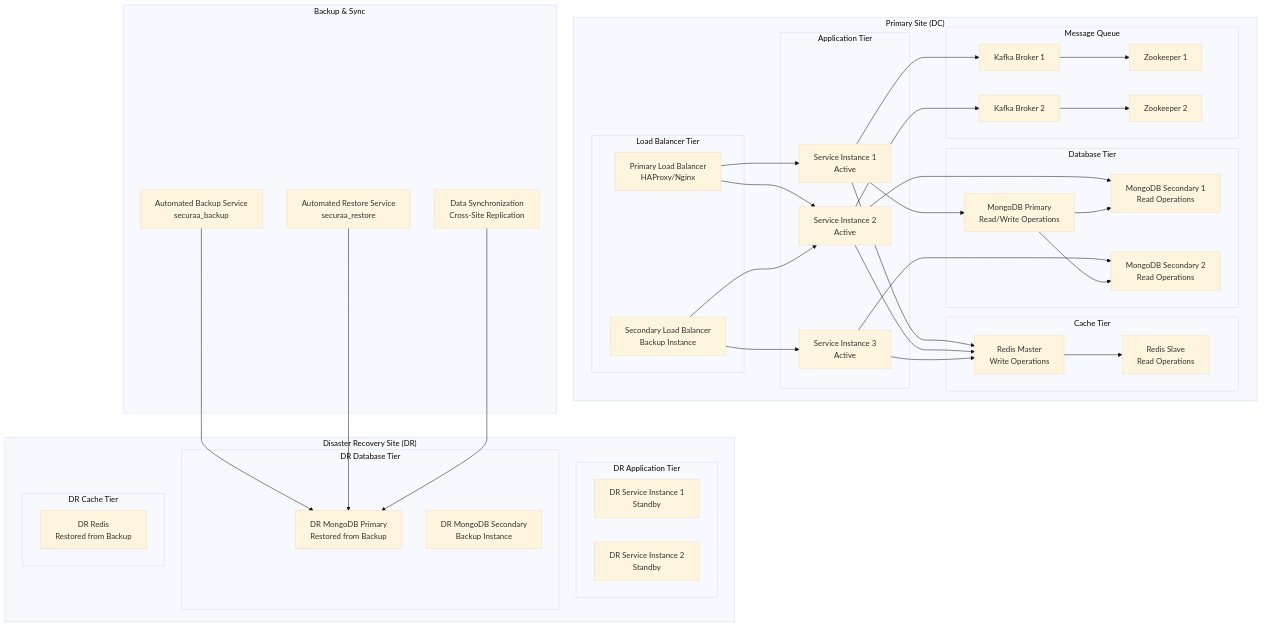
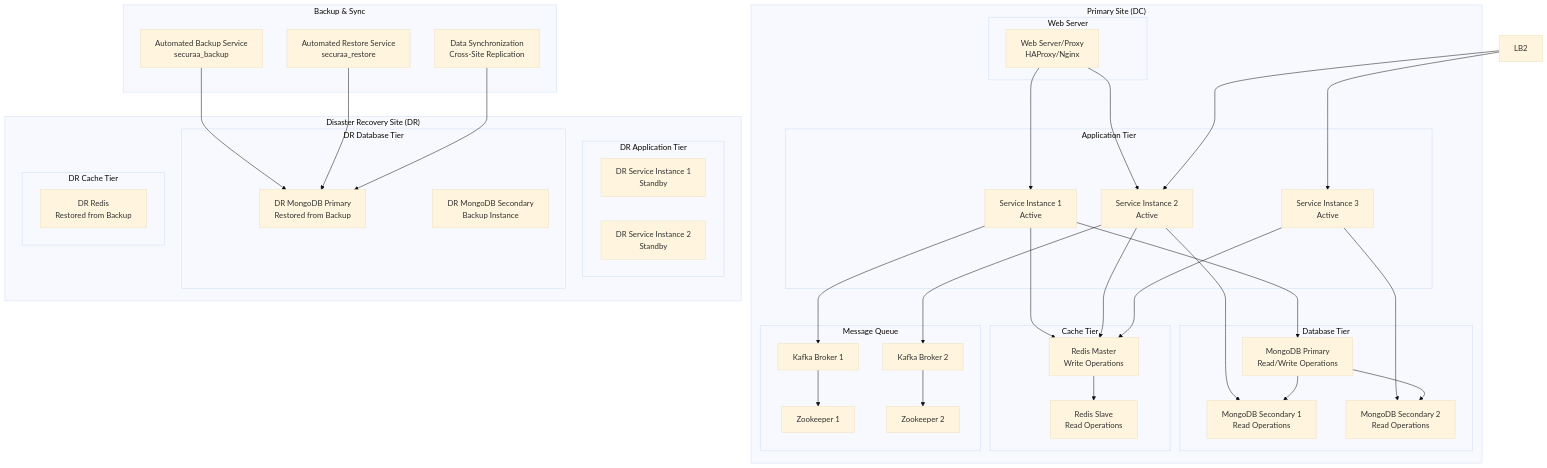
The first of 5 diagrams in HA_DR_Architecture_Documentation.md (Vishwa0220/customers-docs), drawn with Mermaid (base theme) before and after one commit. The commit also changed other lines of this file, not shown here.

````diff
--- a/HA_DR_Architecture_Documentation.md
+++ b/HA_DR_Architecture_Documentation.md
@@ -35,9 +35,8 @@
 ```mermaid
 graph TB
     subgraph "Primary Site (DC)"
-        subgraph "Load Balancer Tier"
-            LB1[Primary Load Balancer<br/>HAProxy/Nginx]
-            LB2[Secondary Load Balancer<br/>Backup Instance]
+        subgraph "Web Server"
+            LB1[Web Server/Proxy<br/>HAProxy/Nginx]
         end
         
         subgraph "Application Tier"
````
